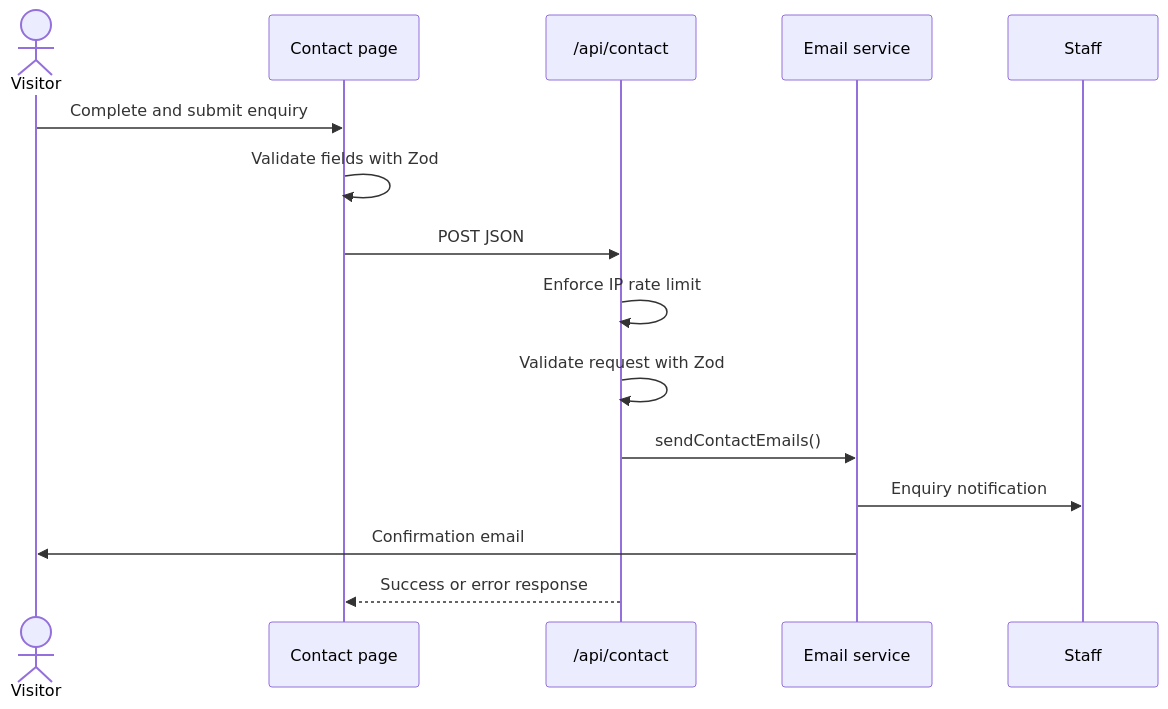
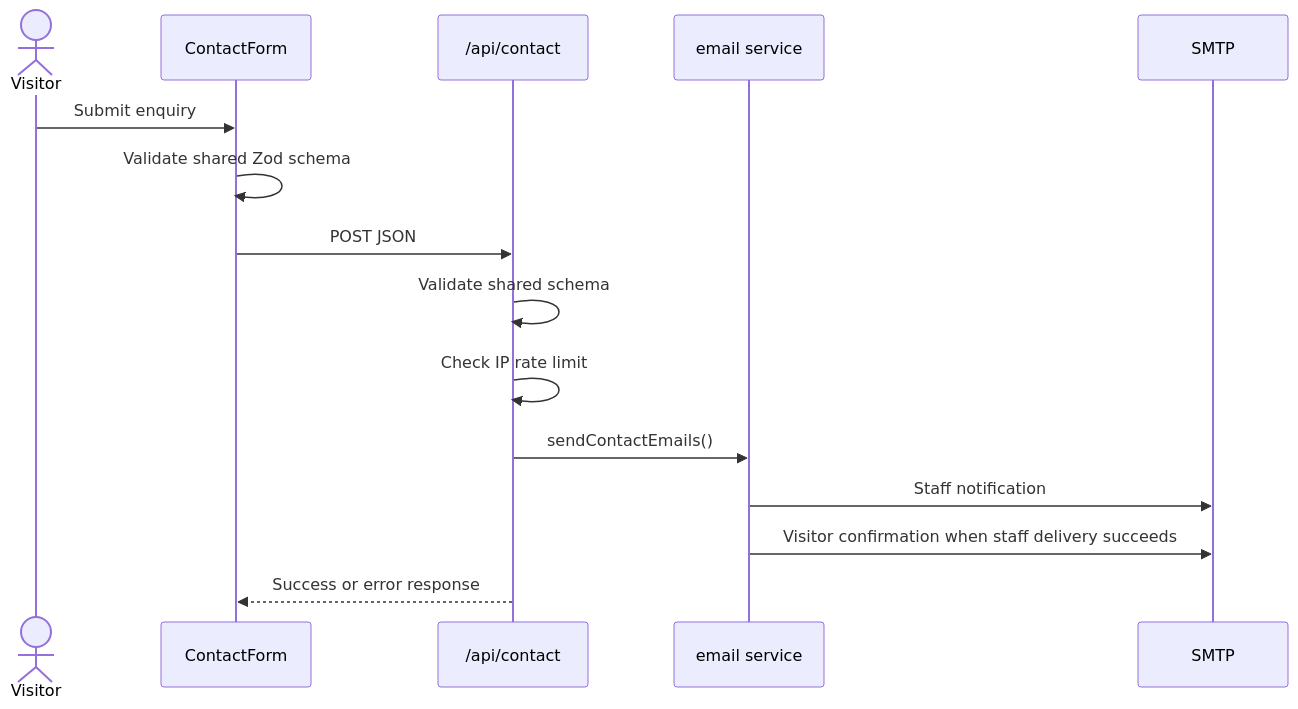
The second of 2 diagrams in docs/ARCHITECTURE.md (nlarge-global/nlarge-global-webste), drawn with Mermaid before and after one commit. The commit also changed other lines of this file and 39 other files, not shown here.

First line of the commit message:
feat(contact): implement contact form with rate limiting and email service

````diff
--- a/docs/ARCHITECTURE.md
+++ b/docs/ARCHITECTURE.md
@@ -97,17 +111,18 @@
 ```mermaid
 sequenceDiagram
     actor Visitor
-    participant Form as Contact page
+    participant Form as ContactForm
     participant API as /api/contact
-    participant SMTP as Email service
+    participant Email as email service
+    participant SMTP
 
-    Visitor->>Form: Complete and submit enquiry
-    Form->>Form: Validate fields with Zod
+    Visitor->>Form: Submit enquiry
+    Form->>Form: Validate shared Zod schema
     Form->>API: POST JSON
-    API->>API: Enforce IP rate limit
-    API->>API: Validate request with Zod
-    API->>SMTP: sendContactEmails()
-    SMTP->>Staff: Enquiry notification
-    SMTP->>Visitor: Confirmation email
+    API->>API: Validate shared schema
+    API->>API: Check IP rate limit
+    API->>Email: sendContactEmails()
+    Email->>SMTP: Staff notification
+    Email->>SMTP: Visitor confirmation when staff delivery succeeds
     API-->>Form: Success or error response
 ```
````
